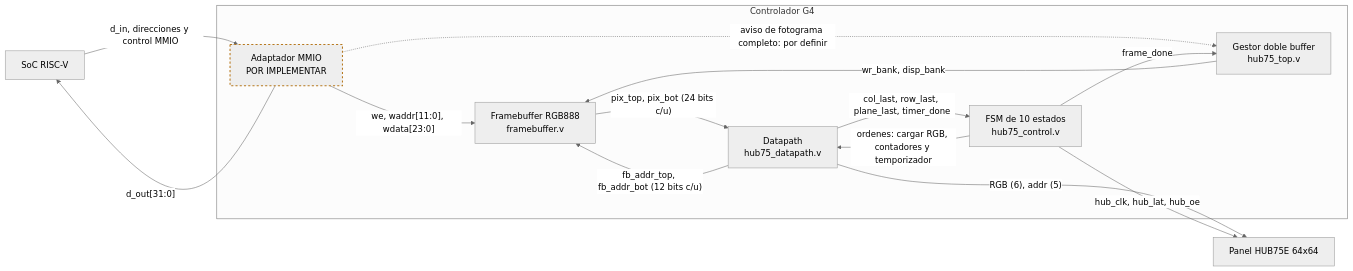
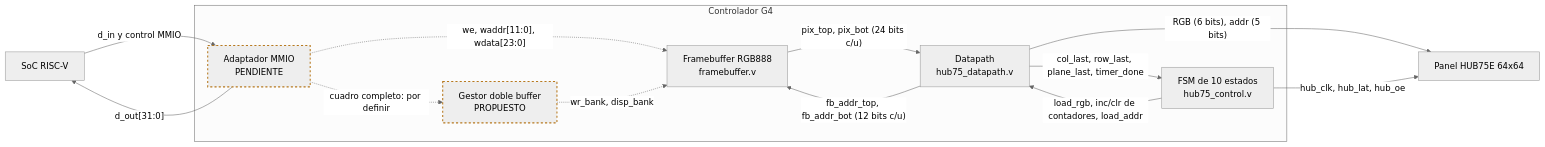
Before and after one commit to wwilchesc/Proyecto-Final-Digital-Grupo-10: the second of 2 diagrams in grupo4-pantalla/README.md, drawn with Mermaid (neutral theme). The commit also changed other lines of this file, not shown here.

First line of the commit message:
Enhance README with G4 controller architecture details

````diff
--- a/grupo4-pantalla/README.md
+++ b/grupo4-pantalla/README.md
@@ -120,29 +133,25 @@
 ```mermaid
 flowchart LR
     SOC[SoC RISC-V]
     PANEL[Panel HUB75E 64x64]
-
     subgraph G4[Controlador G4]
-        MMIO[Adaptador MMIO<br/>POR IMPLEMENTAR]
-        BANK[Gestor doble buffer<br/>hub75_top.v]
+        MMIO[Adaptador MMIO<br/>PENDIENTE]
+        BANK[Gestor doble buffer<br/>PROPUESTO]
         FB[Framebuffer RGB888<br/>framebuffer.v]
         DP[Datapath<br/>hub75_datapath.v]
         FSM[FSM de 10 estados<br/>hub75_control.v]
     end
-
-    SOC -->|"d_in, direcciones y control MMIO"| MMIO
+    SOC -->|"d_in y control MMIO"| MMIO
     MMIO -->|"d_out[31:0]"| SOC
-    MMIO -->|"we, waddr[11:0], wdata[23:0]"| FB
-    MMIO -.->|"aviso de fotograma completo: por definir"| BANK
-    BANK -->|"wr_bank, disp_bank"| FB
+    MMIO -.->|"we, waddr[11:0], wdata[23:0]"| FB
+    MMIO -.->|"cuadro completo: por definir"| BANK
+    BANK -.->|"wr_bank, disp_bank"| FB
     DP -->|"fb_addr_top, fb_addr_bot (12 bits c/u)"| FB
     FB -->|"pix_top, pix_bot (24 bits c/u)"| DP
-    FSM -->|"ordenes: cargar RGB, contadores y temporizador"| DP
+    FSM -->|"load_rgb, inc/clr de contadores, load_addr"| DP
     DP -->|"col_last, row_last, plane_last, timer_done"| FSM
-    FSM -->|"frame_done"| BANK
-    DP -->|"RGB (6), addr (5)"| PANEL
+    DP -->|"RGB (6 bits), addr (5 bits)"| PANEL
     FSM -->|"hub_clk, hub_lat, hub_oe"| PANEL
-
     classDef pendiente stroke:#b7791f,stroke-width:2px,stroke-dasharray:4 4;
-    class MMIO pendiente;
+    class MMIO,BANK pendiente;
 ```
````
